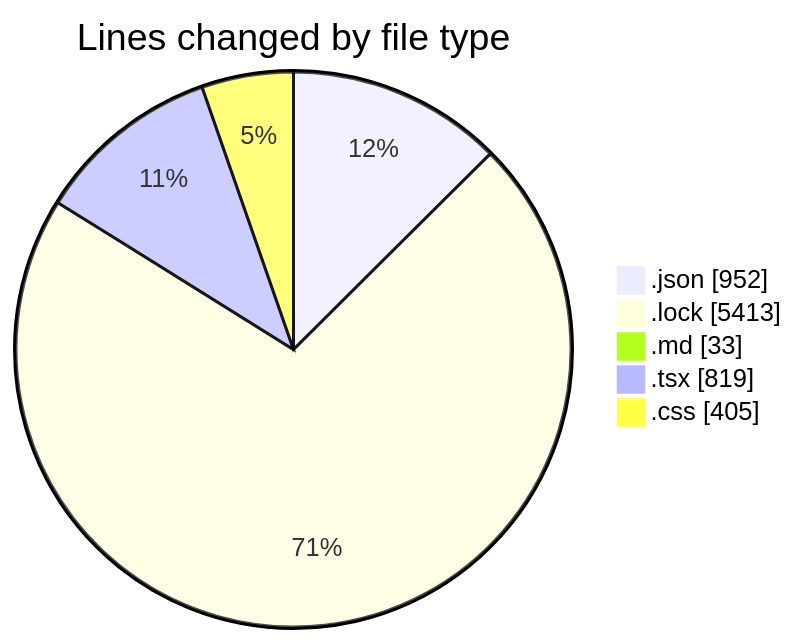
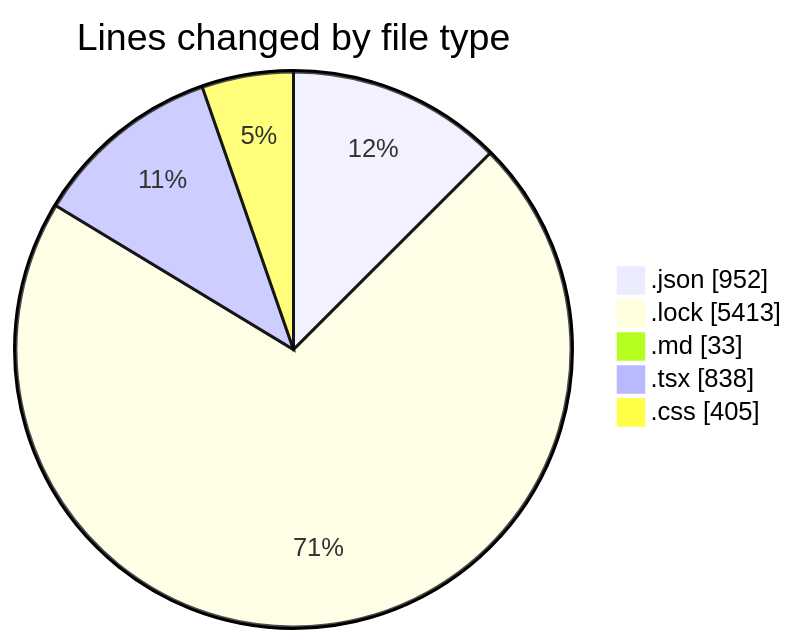
One commit to EIIisD/code-tracking changed the first of 2 diagrams in 2025-08-11/ribbon/README.md. Above: the diagram before and after it, drawn with Mermaid. The commit also changed other lines of this file and 1 other file, not shown here.

````diff
--- a/2025-08-11/ribbon/README.md
+++ b/2025-08-11/ribbon/README.md
@@ -37,9 +37,9 @@
 ```mermaid
 pie showData
 title Lines changed by file type
 ".json" : 952
 ".lock" : 5413
 ".md" : 33
-".tsx" : 819
+".tsx" : 838
 ".css" : 405
 ```
````
